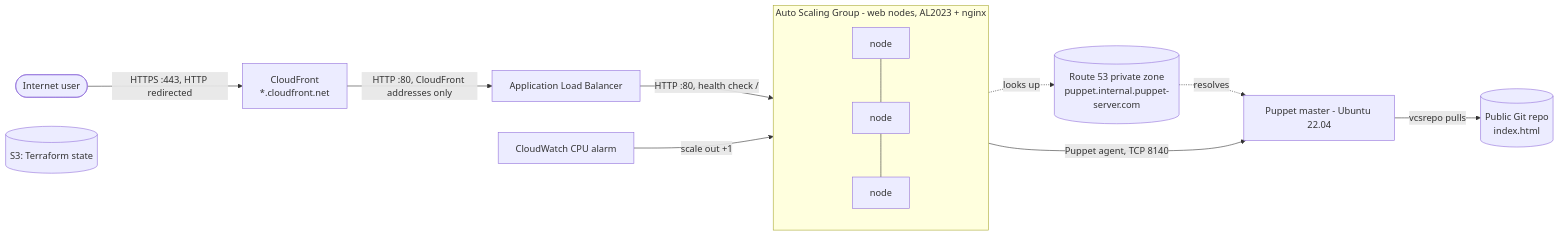
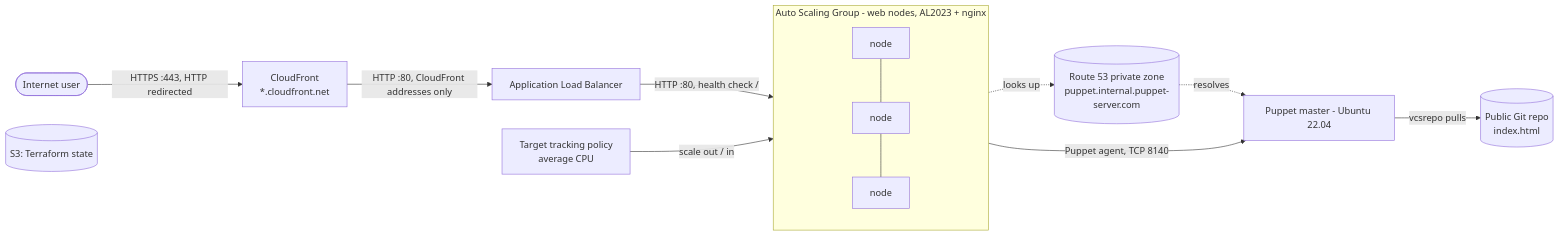
The diagram in docs/ARCHITECTURE.md (sarahaziziyan/terraform-AWS-Puppet), drawn with Mermaid before and after one commit. The commit also changed other lines of this file and 18 other files, not shown here.

Commit message:
Refactor Auto Scaling Group to use Target Tracking Scaling Policy - both scale up and down

````diff
--- a/docs/ARCHITECTURE.md
+++ b/docs/ARCHITECTURE.md
@@ -9,17 +9,17 @@
 ```mermaid
 flowchart LR
   user([Internet user]) -->|HTTPS :443, HTTP redirected| cf[CloudFront<br/>*.cloudfront.net]
   cf -->|HTTP :80, CloudFront addresses only| alb[Application Load Balancer]
   alb -->|HTTP :80, health check /| asg
 
   subgraph asg [Auto Scaling Group - web nodes, AL2023 + nginx]
     n1[node] --- n2[node] --- n3[node]
   end
 
   asg -->|Puppet agent, TCP 8140| pm[Puppet master - Ubuntu 22.04]
   dns[(Route 53 private zone<br/>puppet.internal.puppet-server.com)] -.resolves.-> pm
   asg -.looks up.-> dns
   pm -->|vcsrepo pulls| git[(Public Git repo<br/>index.html)]
-  cw[CloudWatch CPU alarm] -->|scale out +1| asg
+  tt[Target tracking policy<br/>average CPU] -->|scale out / in| asg
   tf[(S3: Terraform state)]
 ```
````
